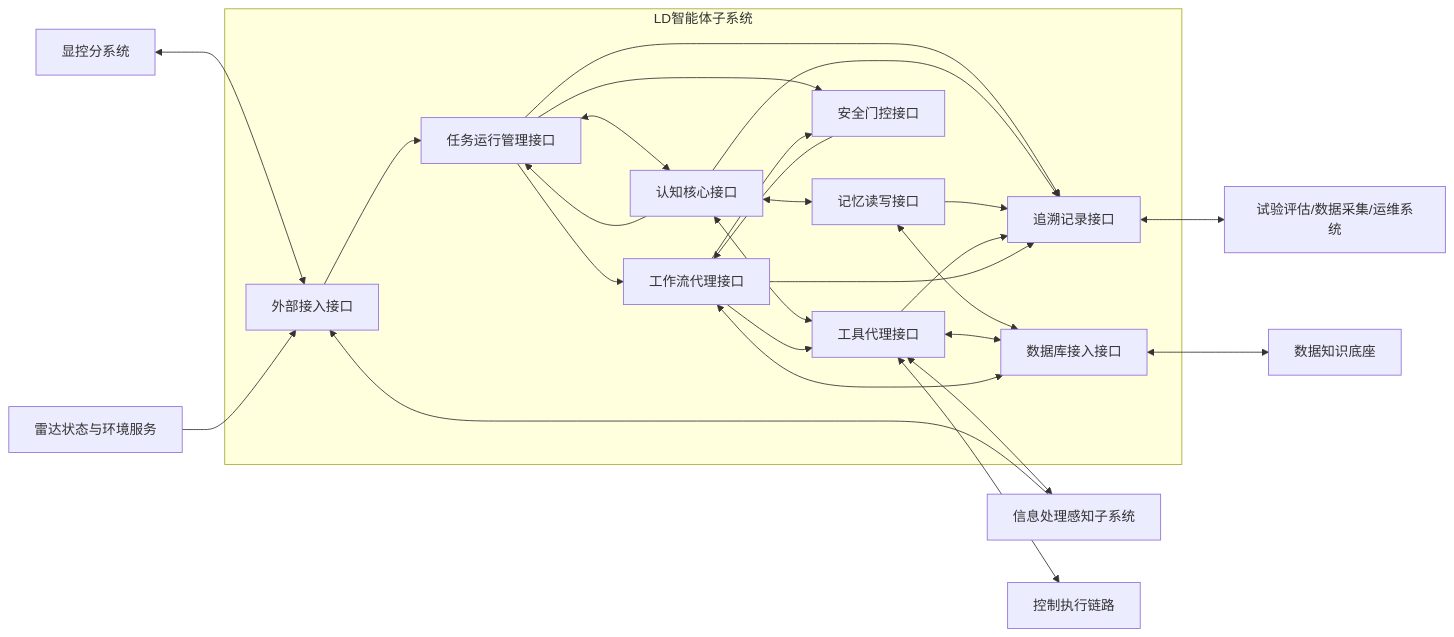
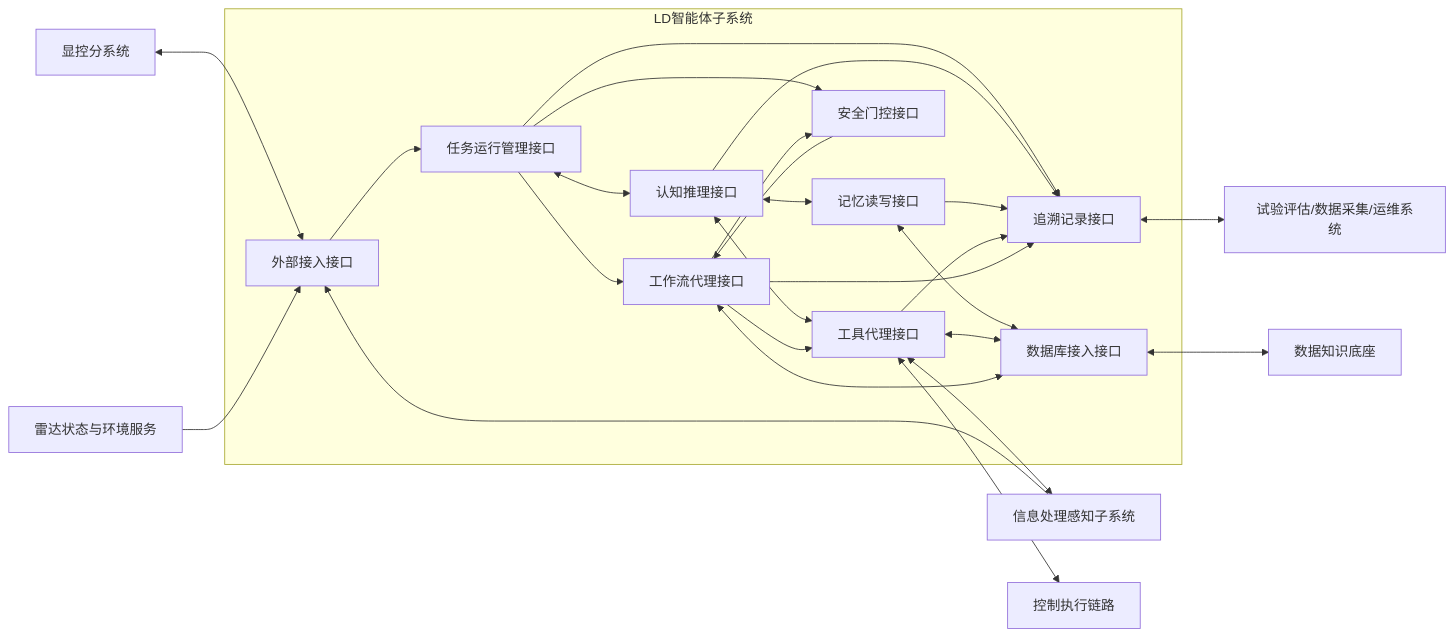
One commit to StormSeven1/obsidian-vault changed the seventh of 7 diagrams in radar agent/4.3.3.2 LD智能体子系统技术方案.md. Above: the diagram before and after it, drawn with Mermaid. The commit also changed other lines of this file, not shown here.

````diff
--- a/radar agent/4.3.3.2 LD智能体子系统技术方案.md
+++ b/radar agent/4.3.3.2 LD智能体子系统技术方案.md
@@ -605,47 +609,46 @@
 ```mermaid
 graph LR
     K1[显控分系统]
     K2[信息处理感知子系统]
     K3[雷达状态与环境服务]
     K4[控制执行链路]
     K5[数据知识底座]
     K6[试验评估/数据采集/运维系统]
 
     subgraph K7[LD智能体子系统]
         K8[外部接入接口]
         K9[任务运行管理接口]
-        K10[认知核心接口]
+        K10[认知推理接口]
         K11[记忆读写接口]
         K12[工具代理接口]
         K13[工作流代理接口]
         K14[安全门控接口]
         K15[追溯记录接口]
         K16[数据库接入接口]
     end
 
     K1 <--> K8
     K2 --> K8
     K3 --> K8
     K8 --> K9
     K9 <--> K10
     K10 <--> K11
     K10 <--> K12
     K11 <--> K16
     K12 <--> K16
     K13 <--> K16
     K16 <--> K5
     K12 <--> K2
-    K10 --> K9
     K9 --> K13
     K9 --> K14
     K13 --> K14
     K14 --> K13
     K13 --> K12
     K12 <--> K4
     K9 --> K15
     K10 --> K15
     K11 --> K15
     K12 --> K15
     K13 --> K15
     K15 <--> K6
 ```
````
